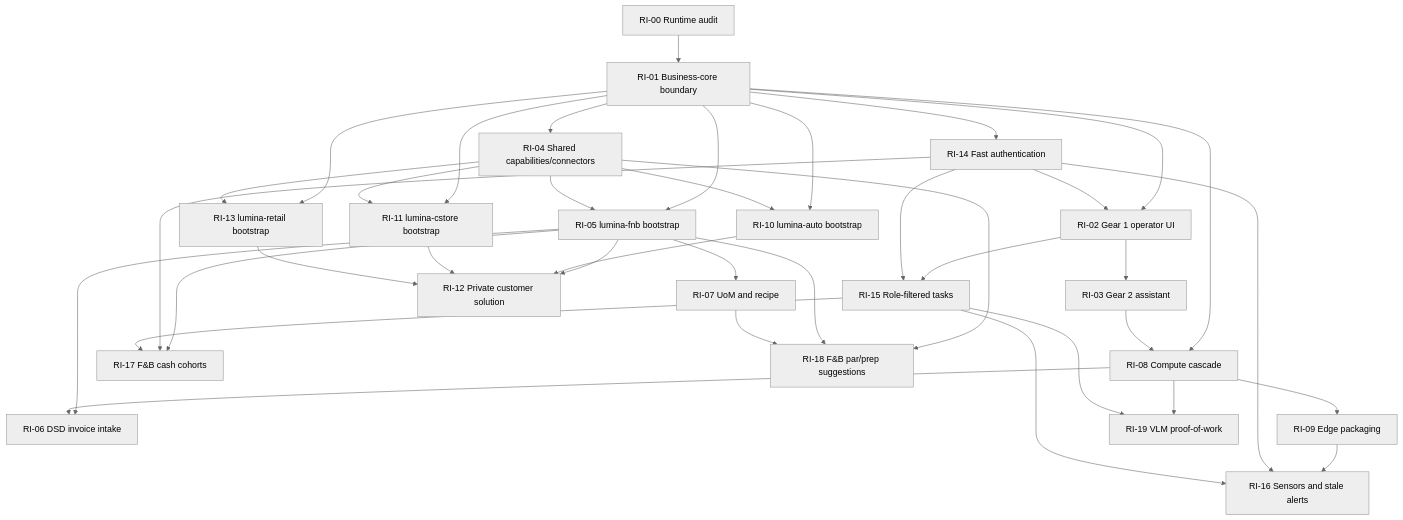
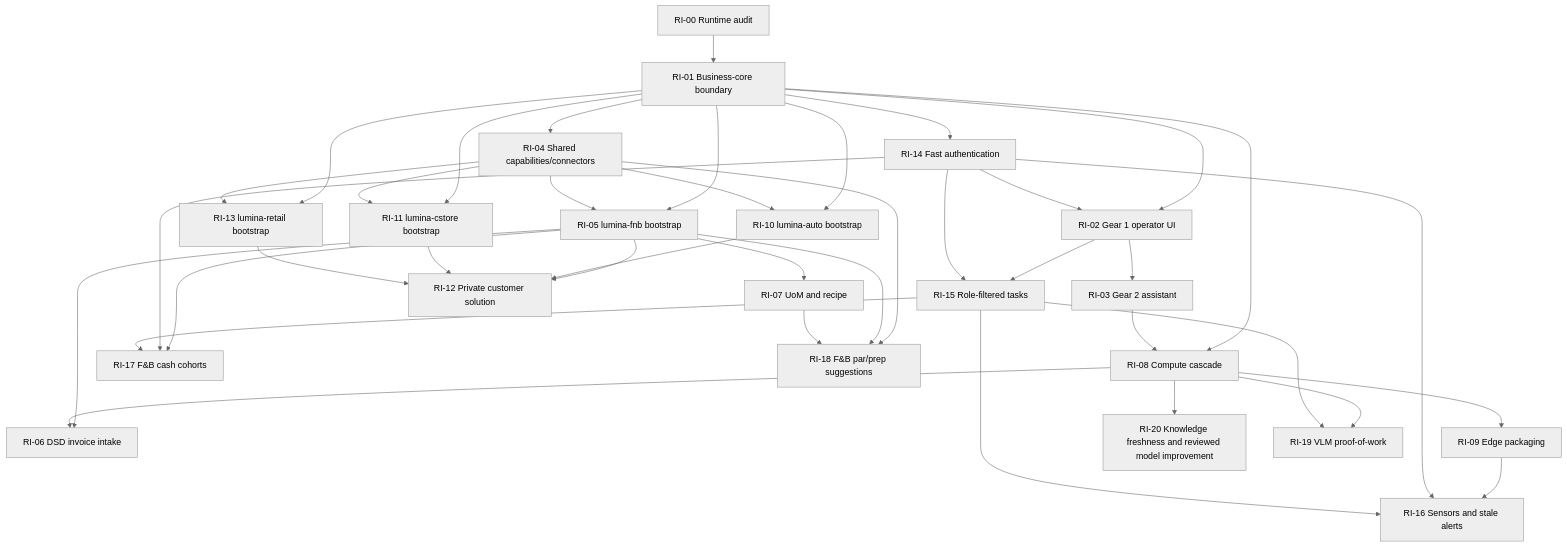
One commit to fractalsense-ai/lumina-biz changed the diagram in docs/roadmap/runtime-implementation-program.md. Above: the diagram before and after it, drawn with Mermaid (neutral theme). The commit also changed other lines of this file and 9 other files, not shown here.

Commit message:
feat(core): align model roadmap and domain registry

````diff
--- a/docs/roadmap/runtime-implementation-program.md
+++ b/docs/roadmap/runtime-implementation-program.md
@@ -89,40 +91,41 @@
 ```mermaid
 flowchart TD
 	RI00[RI-00 Runtime audit] --> RI01[RI-01 Business-core boundary]
 	RI01 --> RI02[RI-02 Gear 1 operator UI]
 	RI01 --> RI04[RI-04 Shared capabilities/connectors]
 	RI01 --> RI08[RI-08 Compute cascade]
 	RI01 --> RI14[RI-14 Fast authentication]
 	RI14 --> RI02
 	RI02 --> RI03[RI-03 Gear 2 assistant]
 	RI01 --> RI05[RI-05 lumina-fnb bootstrap]
 	RI04 --> RI05
 	RI05 --> RI06[RI-06 DSD invoice intake]
 	RI08 --> RI06
 	RI05 --> RI07[RI-07 UoM and recipe]
 	RI03 --> RI08
 	RI08 --> RI09[RI-09 Edge packaging]
+	RI08 --> RI20[RI-20 Knowledge freshness and reviewed model improvement]
 	RI02 --> RI15[RI-15 Role-filtered tasks]
 	RI14 --> RI15
 	RI09 --> RI16[RI-16 Sensors and stale alerts]
 	RI14 --> RI16
 	RI15 --> RI16
 	RI05 --> RI17[RI-17 F&B cash cohorts]
 	RI14 --> RI17
 	RI15 --> RI17
 	RI04 --> RI18[RI-18 F&B par/prep suggestions]
 	RI05 --> RI18
 	RI07 --> RI18
 	RI08 --> RI19[RI-19 VLM proof-of-work]
 	RI15 --> RI19
 	RI01 --> RI10[RI-10 lumina-auto bootstrap]
 	RI04 --> RI10
 	RI01 --> RI11[RI-11 lumina-cstore bootstrap]
 	RI04 --> RI11
 	RI01 --> RI13[RI-13 lumina-retail bootstrap]
 	RI04 --> RI13
 	RI05 --> RI12[RI-12 Private customer solution]
 	RI10 --> RI12
 	RI11 --> RI12
 	RI13 --> RI12
 ```
````
